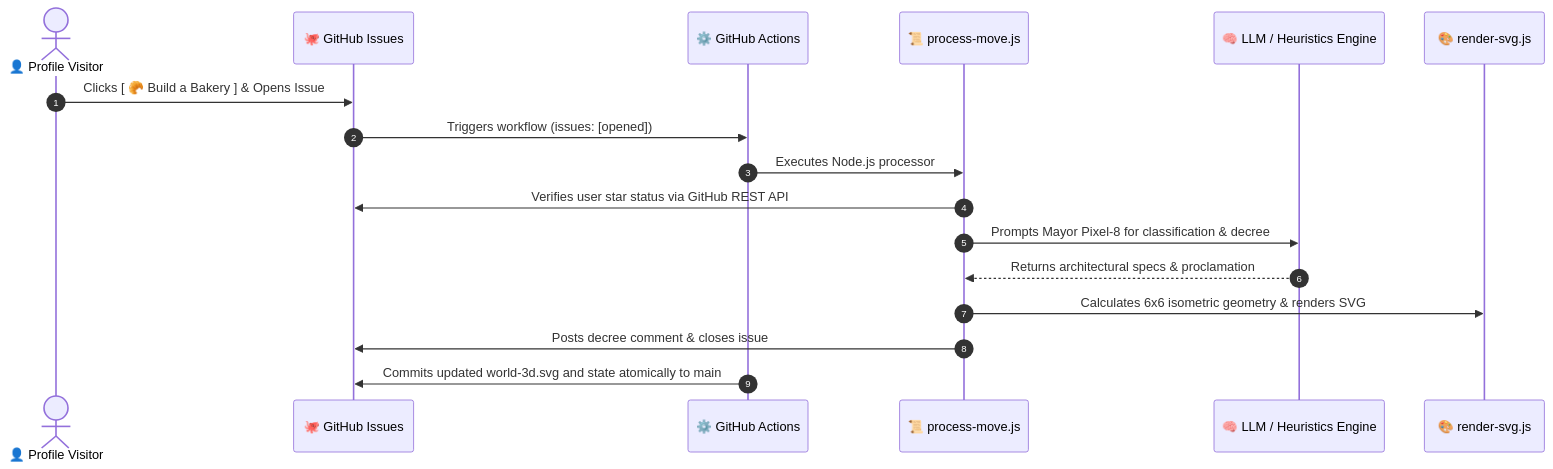
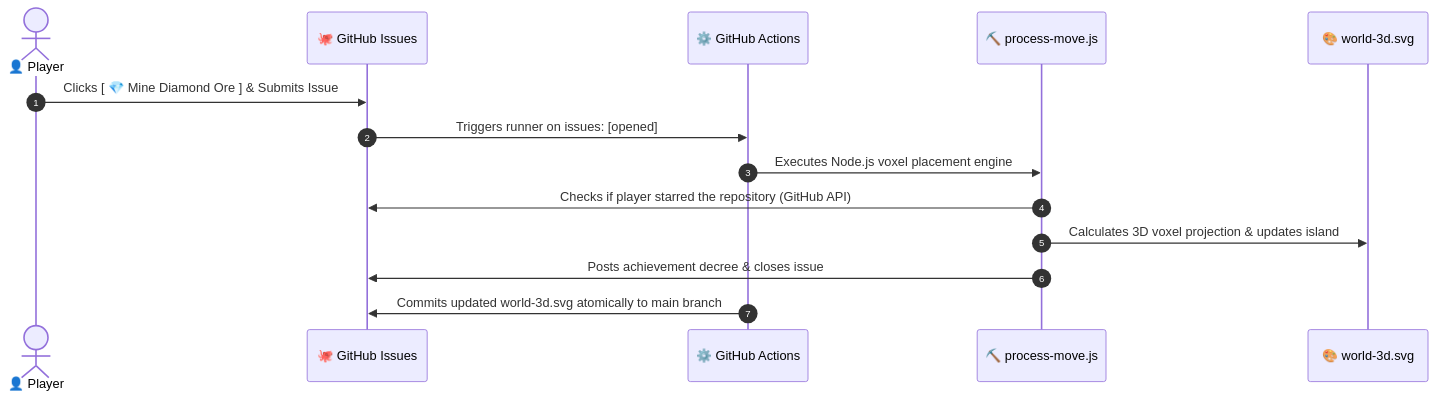
One commit to mo-farooq/skyblock changed the diagram in README.md. Above: the diagram before and after it, drawn with Mermaid. The commit also changed other lines of this file and 5 other files, not shown here.

Commit message:
feat: transform world into authentic 3D Minecraft voxel realm with Steve, Alex, Ender Dragon boss bar, and crafting hotbar

````diff
--- a/README.md
+++ b/README.md
@@ -40,20 +39,17 @@
 ```mermaid
 sequenceDiagram
     autonumber
-    actor Visitor as 👤 Profile Visitor
+    actor Visitor as 👤 Player
     participant GH as 🐙 GitHub Issues
     participant Action as ⚙️ GitHub Actions
-    participant Script as 📜 process-move.js
-    participant AI as 🧠 LLM / Heuristics Engine
-    participant SVG as 🎨 render-svg.js
+    participant Engine as ⛏️ process-move.js
+    participant SVG as 🎨 world-3d.svg
 
-    Visitor->>GH: Clicks [ 🥐 Build a Bakery ] & Opens Issue
-    GH->>Action: Triggers workflow (issues: [opened])
-    Action->>Script: Executes Node.js processor
-    Script->>GH: Verifies user star status via GitHub REST API
-    Script->>AI: Prompts Mayor Pixel-8 for classification & decree
-    AI-->>Script: Returns architectural specs & proclamation
-    Script->>SVG: Calculates 6x6 isometric geometry & renders SVG
-    Script->>GH: Posts decree comment & closes issue
-    Action->>GH: Commits updated world-3d.svg and state atomically to main
+    Visitor->>GH: Clicks [ 💎 Mine Diamond Ore ] & Submits Issue
+    GH->>Action: Triggers runner on issues: [opened]
+    Action->>Engine: Executes Node.js voxel placement engine
+    Engine->>GH: Checks if player starred the repository (GitHub API)
+    Engine->>SVG: Calculates 3D voxel projection & updates island
+    Engine->>GH: Posts achievement decree & closes issue
+    Action->>GH: Commits updated world-3d.svg atomically to main branch
 ```
````
